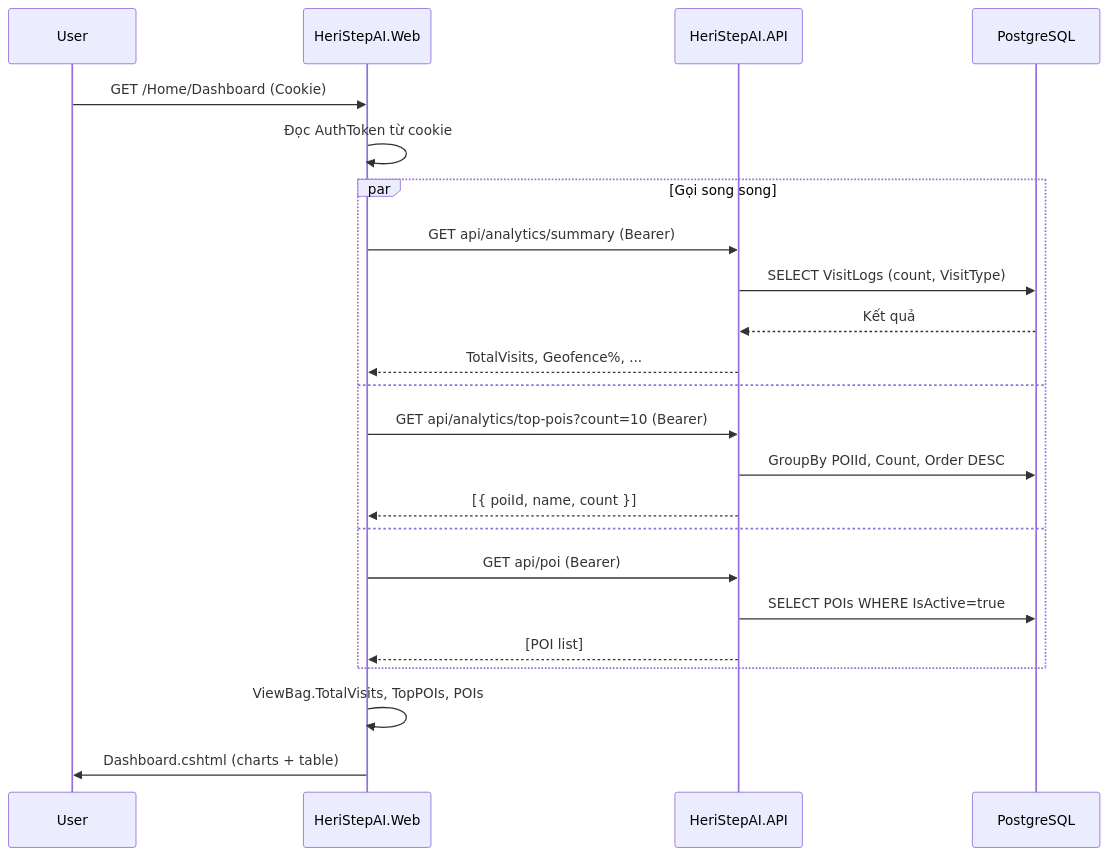
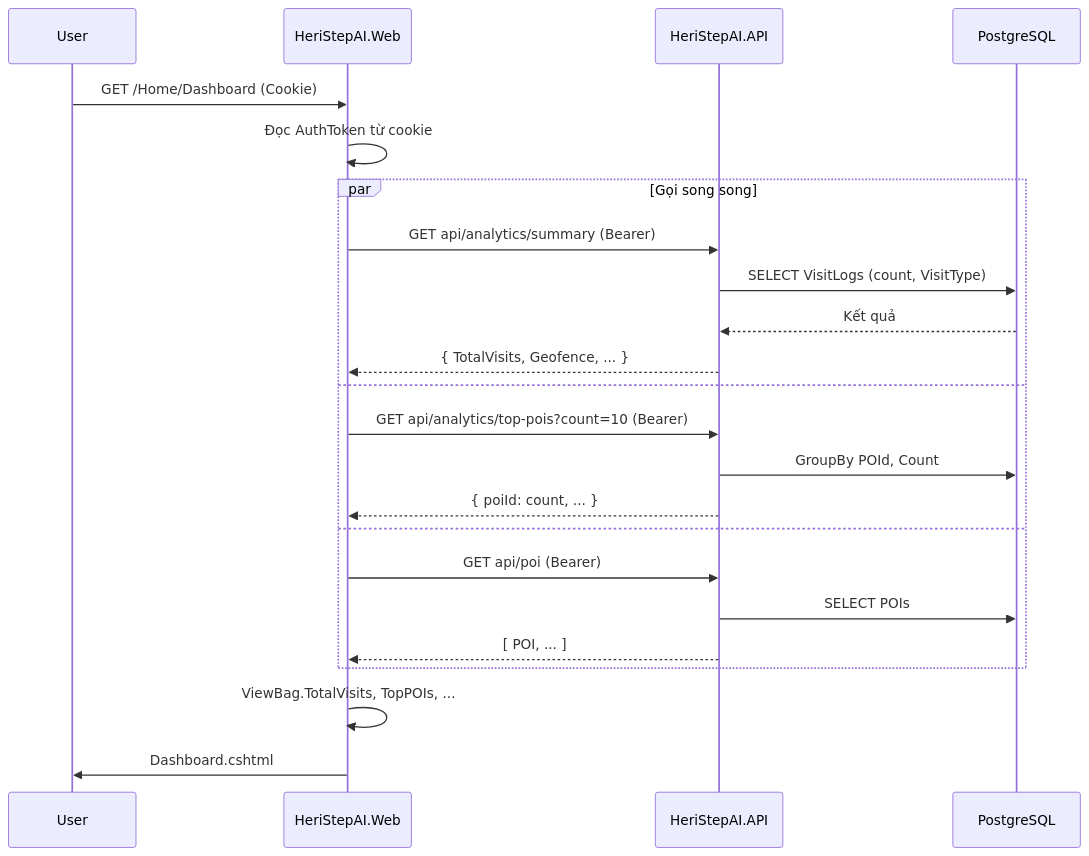
The fifth of 12 diagrams in docs/PRODUCT_REQUIREMENTS.md (KhanhChung2k5/k_tour), drawn with Mermaid before and after one commit. The commit also changed other lines of this file, not shown here.

````diff
--- a/docs/PRODUCT_REQUIREMENTS.md
+++ b/docs/PRODUCT_REQUIREMENTS.md
@@ -284,26 +488,26 @@
 ```mermaid
 sequenceDiagram
     participant User
     participant Web as HeriStepAI.Web
     participant API as HeriStepAI.API
     participant DB as PostgreSQL
 
     User->>Web: GET /Home/Dashboard (Cookie)
     Web->>Web: Đọc AuthToken từ cookie
     par Gọi song song
         Web->>API: GET api/analytics/summary (Bearer)
         API->>DB: SELECT VisitLogs (count, VisitType)
         DB-->>API: Kết quả
-        API-->>Web: TotalVisits, Geofence%, ...
+        API-->>Web: { TotalVisits, Geofence, ... }
     and
         Web->>API: GET api/analytics/top-pois?count=10 (Bearer)
-        API->>DB: GroupBy POIId, Count, Order DESC
-        API-->>Web: [{ poiId, name, count }]
+        API->>DB: GroupBy POId, Count
+        API-->>Web: { poiId: count, ... }
     and
         Web->>API: GET api/poi (Bearer)
-        API->>DB: SELECT POIs WHERE IsActive=true
-        API-->>Web: [POI list]
+        API->>DB: SELECT POIs
+        API-->>Web: [ POI, ... ]
     end
-    Web->>Web: ViewBag.TotalVisits, TopPOIs, POIs
-    Web->>User: Dashboard.cshtml (charts + table)
+    Web->>Web: ViewBag.TotalVisits, TopPOIs, ...
+    Web->>User: Dashboard.cshtml
 ```
````
